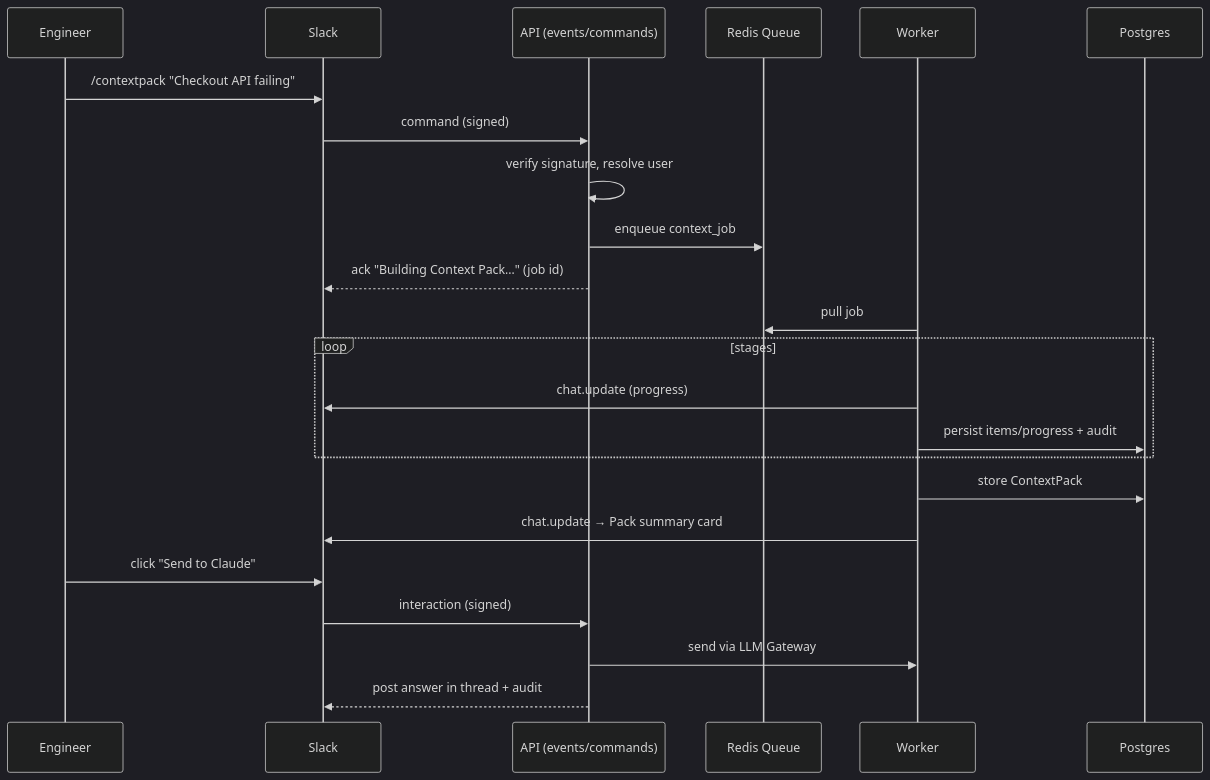
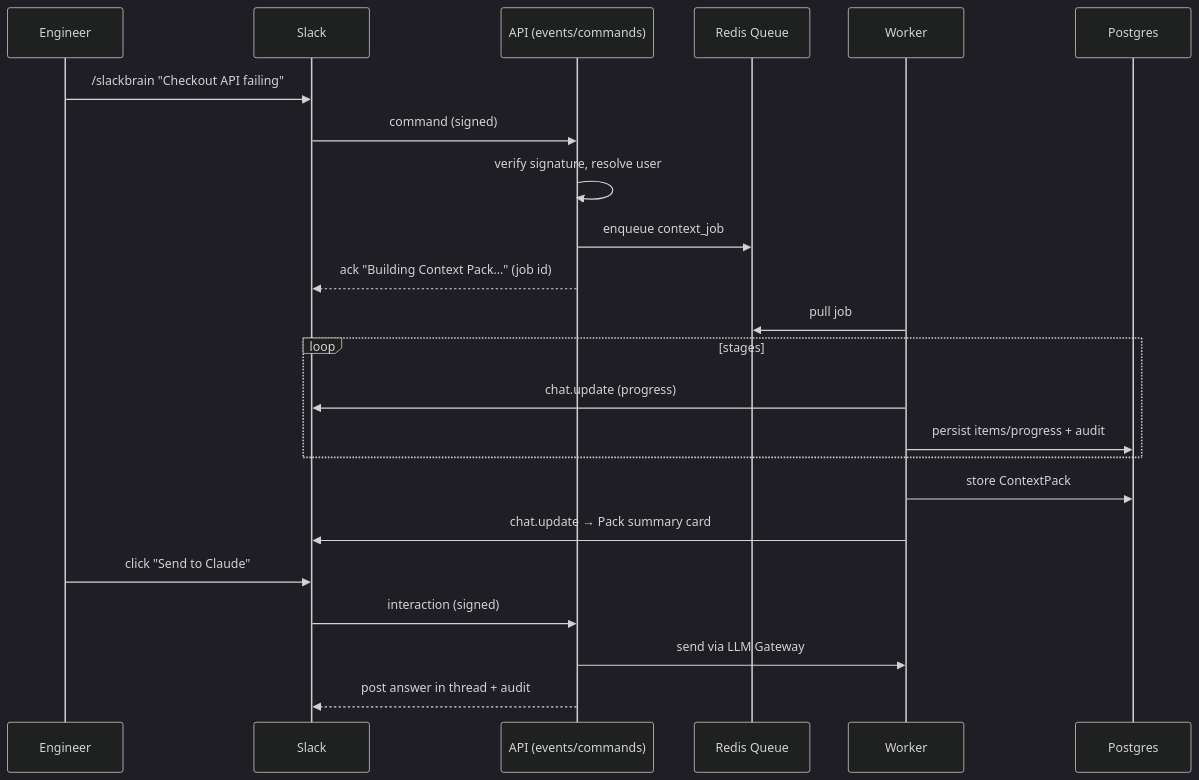
The diagram in docs/03-slack-security-structure.md (aagneye/slack-brain), drawn with Mermaid (dark theme) before and after one commit. The commit also changed other lines of this file and 7 other files, not shown here.

Commit message:
docs: rename /contextpack to /slackbrain in architecture and deploy guides

````diff
--- a/docs/03-slack-security-structure.md
+++ b/docs/03-slack-security-structure.md
@@ -53,26 +53,26 @@
 ```mermaid
 sequenceDiagram
     participant U as Engineer
     participant S as Slack
     participant A as API (events/commands)
     participant Q as Redis Queue
     participant W as Worker
     participant P as Postgres
 
-    U->>S: /contextpack "Checkout API failing"
+    U->>S: /slackbrain "Checkout API failing"
     S->>A: command (signed)
     A->>A: verify signature, resolve user
     A->>Q: enqueue context_job
     A-->>S: ack "Building Context Pack…" (job id)
     W->>Q: pull job
     loop stages
       W->>S: chat.update (progress)
       W->>P: persist items/progress + audit
     end
     W->>P: store ContextPack
     W->>S: chat.update → Pack summary card
     U->>S: click "Send to Claude"
     S->>A: interaction (signed)
     A->>W: send via LLM Gateway
     A-->>S: post answer in thread + audit
 ```
````
